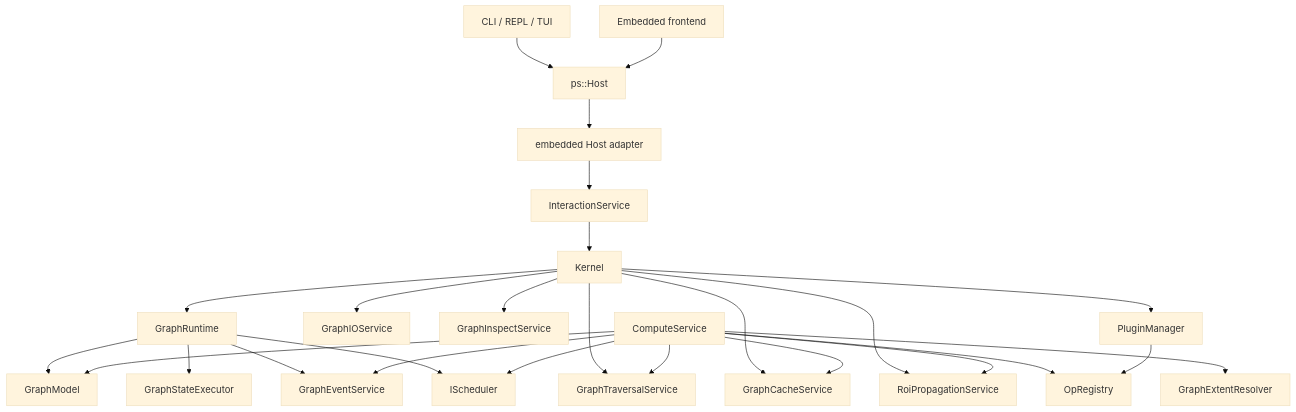
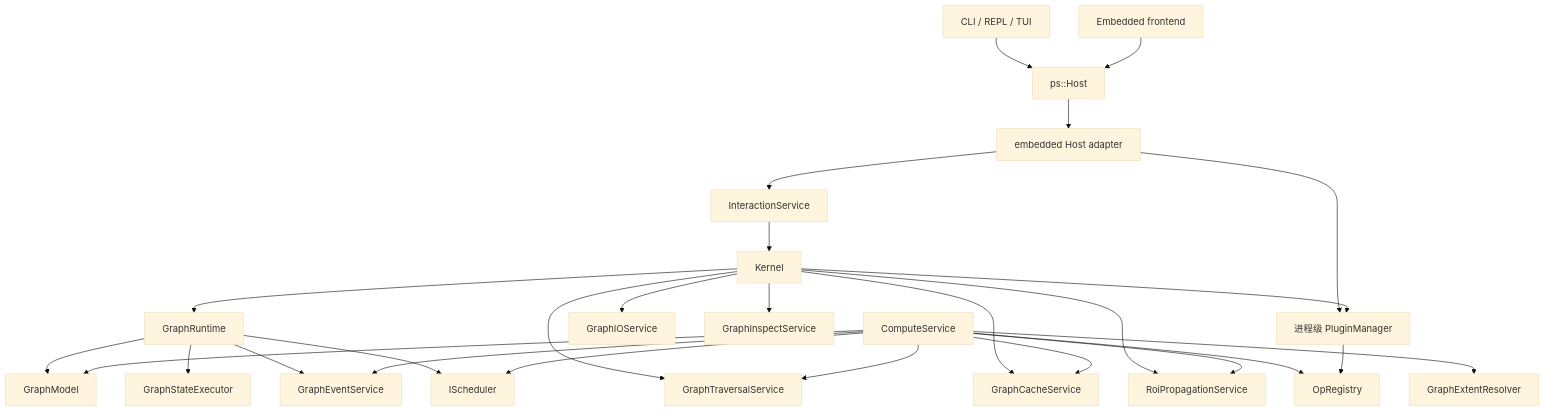
The diagram in docs/kernel-architecture/zh/Overview.zh.md (kevin-zf1123/photospider), drawn with Mermaid (base theme) before and after one commit. The commit also changed other lines of this file and 32 other files, not shown here.

````diff
--- a/docs/kernel-architecture/zh/Overview.zh.md
+++ b/docs/kernel-architecture/zh/Overview.zh.md
@@ -62,32 +62,33 @@
 ```mermaid
 graph TD
     CLI["CLI / REPL / TUI"] --> Host["ps::Host"]
     Frontend["Embedded frontend"] --> Host["ps::Host"]
     Host --> EmbeddedHost["embedded Host adapter"]
     EmbeddedHost --> InteractionService
+    EmbeddedHost --> PluginManager["进程级 PluginManager"]
     InteractionService --> Kernel
 
     Kernel --> GraphRuntime
     Kernel --> GraphIOService
     Kernel --> GraphTraversalService
     Kernel --> GraphCacheService
     Kernel --> GraphInspectService
     Kernel --> RoiPropagationService
     Kernel --> PluginManager
 
     GraphRuntime --> GraphModel
     GraphRuntime --> GraphStateExecutor
     GraphRuntime --> GraphEventService
     GraphRuntime --> IScheduler
 
     ComputeService --> GraphModel
     ComputeService --> GraphTraversalService
     ComputeService --> RoiPropagationService
     ComputeService --> GraphExtentResolver
     ComputeService --> GraphCacheService
     ComputeService --> GraphEventService
     ComputeService --> OpRegistry
     ComputeService --> IScheduler
 
     PluginManager --> OpRegistry
 ```
````
